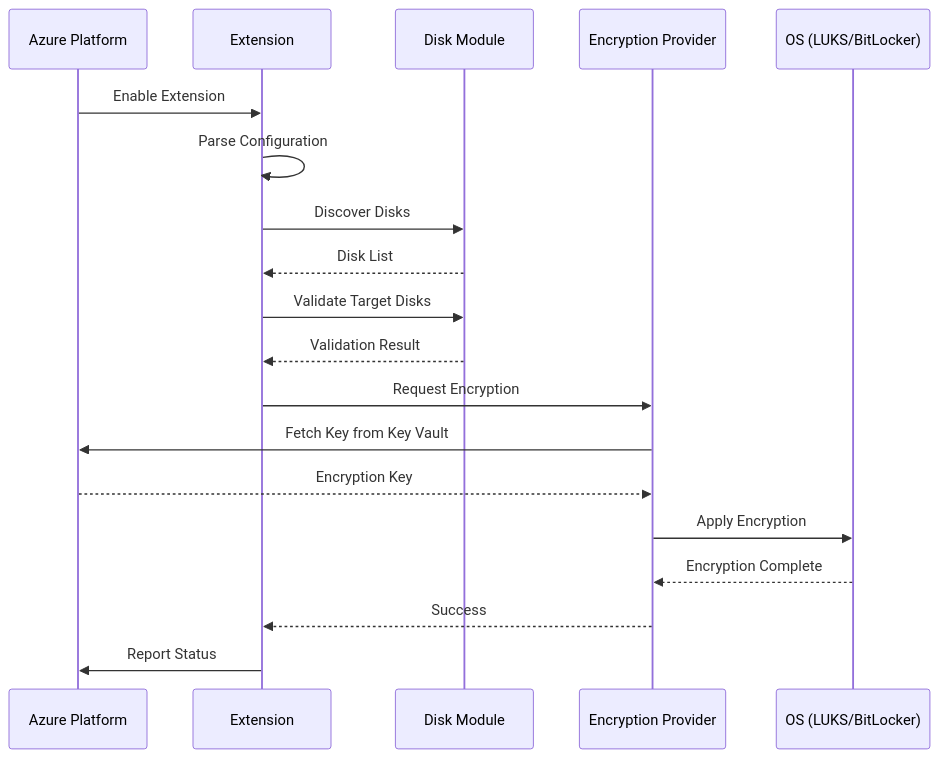
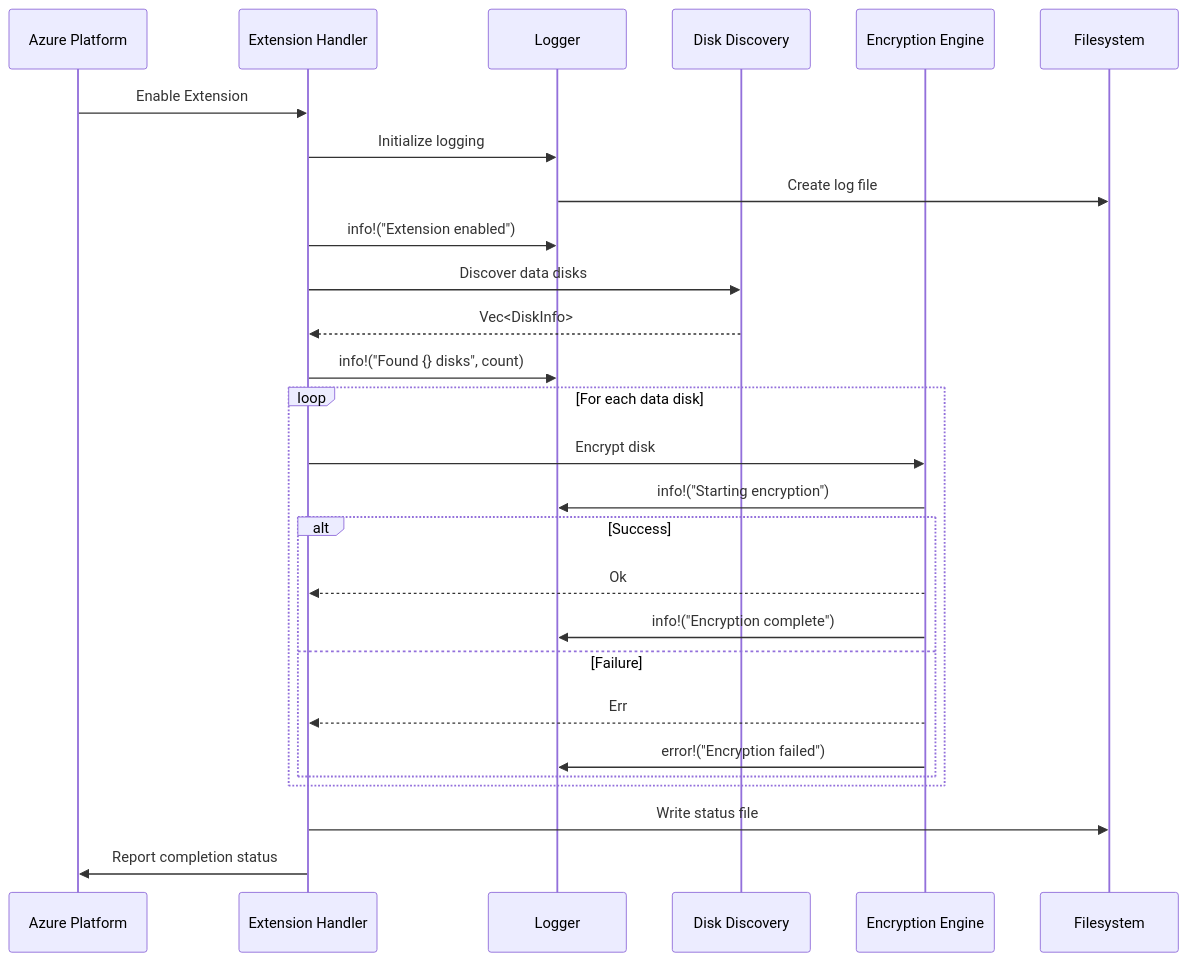
One commit to Azure/confidential-linux-disk-encryption changed the third of 3 diagrams in docs/design/architecture.md. Above: the diagram before and after it, drawn with Mermaid. The commit also changed other lines of this file and 8 other files, not shown here.

Commit message:
as an azure extension

````diff
--- a/docs/design/architecture.md
+++ b/docs/design/architecture.md
@@ -115,22 +132,33 @@
 ```mermaid
 sequenceDiagram
     participant Azure as Azure Platform
-    participant Ext as Extension
-    participant Disk as Disk Module
-    participant Enc as Encryption Provider
-    participant OS as OS (LUKS/BitLocker)
+    participant Handler as Extension Handler
+    participant Logger as Logger
+    participant Disk as Disk Discovery
+    participant Enc as Encryption Engine
+    participant FS as Filesystem
 
-    Azure->>Ext: Enable Extension
-    Ext->>Ext: Parse Configuration
-    Ext->>Disk: Discover Disks
-    Disk-->>Ext: Disk List
-    Ext->>Disk: Validate Target Disks
-    Disk-->>Ext: Validation Result
-    Ext->>Enc: Request Encryption
-    Enc->>Azure: Fetch Key from Key Vault
-    Azure-->>Enc: Encryption Key
-    Enc->>OS: Apply Encryption
-    OS-->>Enc: Encryption Complete
-    Enc-->>Ext: Success
-    Ext->>Azure: Report Status
+    Azure->>Handler: Enable Extension
+    Handler->>Logger: Initialize logging
+    Logger->>FS: Create log file
+    Handler->>Logger: info!("Extension enabled")
+    
+    Handler->>Disk: Discover data disks
+    Disk-->>Handler: Vec<DiskInfo>
+    Handler->>Logger: info!("Found {} disks", count)
+    
+    loop For each data disk
+        Handler->>Enc: Encrypt disk
+        Enc->>Logger: info!("Starting encryption")
+        alt Success
+            Enc-->>Handler: Ok
+            Enc->>Logger: info!("Encryption complete")
+        else Failure
+            Enc-->>Handler: Err
+            Enc->>Logger: error!("Encryption failed")
+        end
+    end
+    
+    Handler->>FS: Write status file
+    Handler->>Azure: Report completion status
 ```
````
